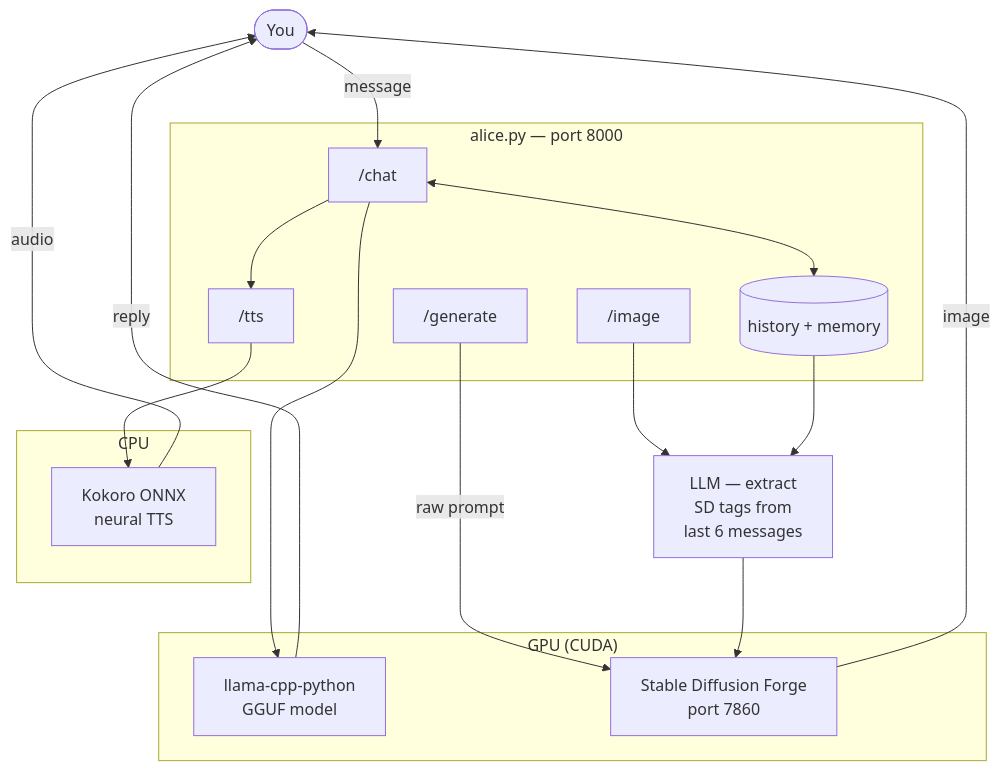
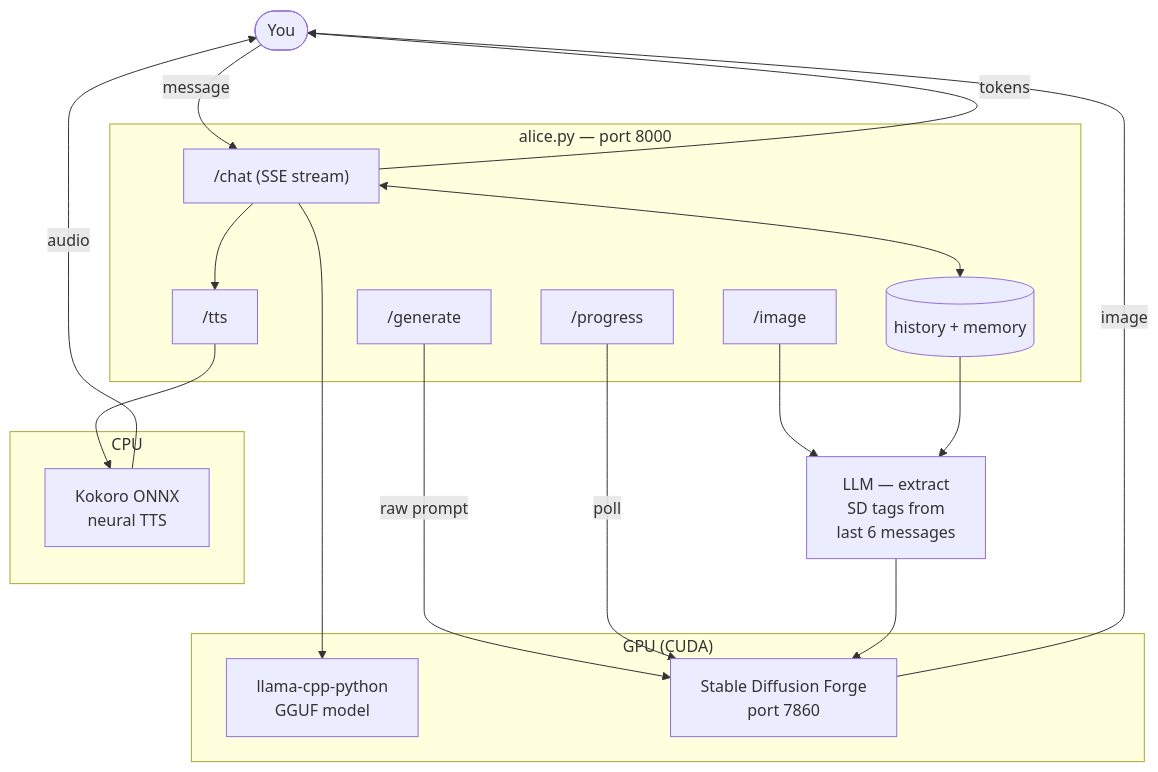
One commit to cschladetsch/PyLocalEnsemble changed the first of 2 diagrams in Readme.md. Above: the diagram before and after it, drawn with Mermaid. The commit also changed other lines of this file, not shown here.

````diff
--- a/Readme.md
+++ b/Readme.md
@@ -265,34 +278,36 @@
 ```mermaid
 flowchart TD
     User([You]) -->|message| Chat
 
     subgraph Alice ["alice.py — port 8000"]
-        Chat["/chat"]
+        Chat["/chat (SSE stream)"]
         Image["/image"]
         Generate["/generate"]
         TTS["/tts"]
+        Progress["/progress"]
         Memory[(history + memory)]
     end
 
+    Chat -->|tokens| User
     Chat --> LLM
     Chat <--> Memory
     Image --> Extractor["LLM — extract\nSD tags from\nlast 6 messages"]
     Memory --> Extractor
     Generate -->|raw prompt| Forge
     Chat --> TTS
+    Progress -->|poll| Forge
 
     subgraph GPU ["GPU (CUDA)"]
         LLM["llama-cpp-python\nGGUF model"]
         Forge["Stable Diffusion Forge\nport 7860"]
     end
 
     subgraph CPU
         KokoroTTS["Kokoro ONNX\nneural TTS"]
     end
 
     TTS --> KokoroTTS
     Extractor --> Forge
-    LLM -->|reply| User
     Forge -->|image| User
     KokoroTTS -->|audio| User
 ```
````
